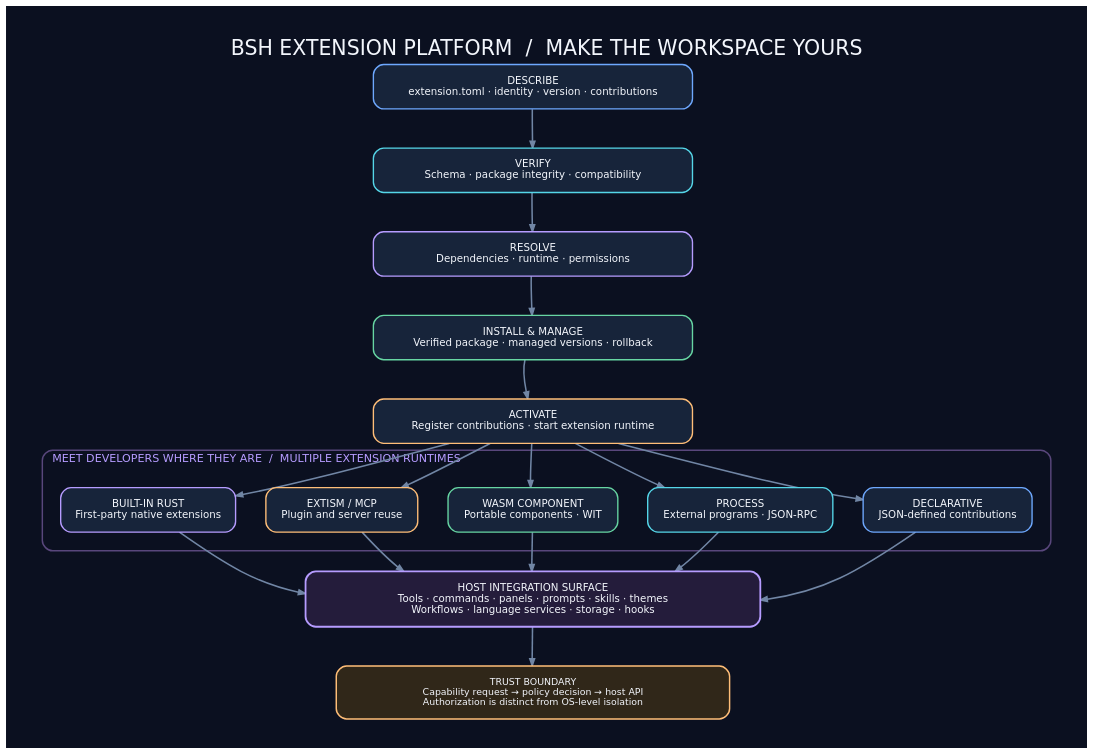
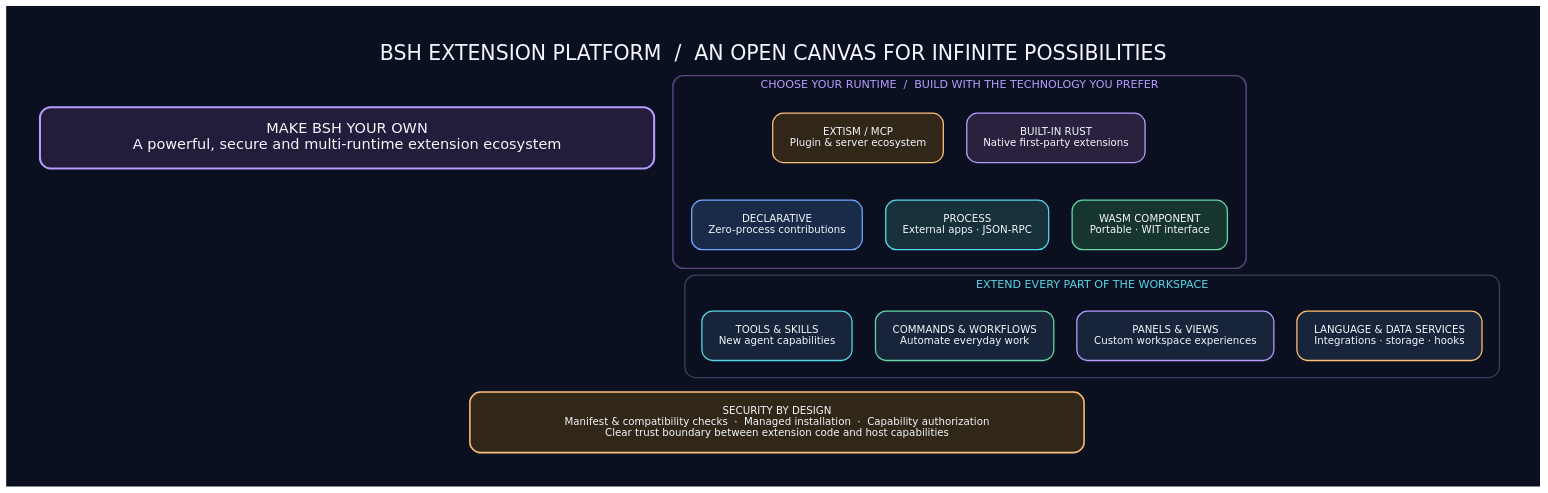
One commit to open1s/bos changed the diagram in docs/diagrams/extension-lifecycle.dot. Above: the diagram before and after it, drawn with Graphviz. The commit also changed 2 other files, not shown here.

Commit message:
docs: redesign diagrams as presentation-style infographics (#83)
* docs: redesign diagrams as presentation-style capability infographics

* docs: redesign diagrams as presentation-style capability infographics

* docs: redesign diagrams as presentation-style capability infographics

```diff
--- a/docs/diagrams/extension-lifecycle.dot
+++ b/docs/diagrams/extension-lifecycle.dot
@@ -1,50 +1,23 @@
-digraph ExtensionLifecycle {
-  graph [
-    bgcolor="#0B1020", pad="0.48", rankdir=TB,
-    nodesep="0.48", ranksep="0.64", splines=curved,
-    newrank=true, outputorder=edgesfirst,
-    fontname="DejaVu Sans", label="BSH EXTENSION PLATFORM  /  MAKE THE WORKSPACE YOURS",
-    labelloc=t, fontsize=24, fontcolor="#F3F6FC"
-  ];
-  node [shape=box, style="rounded,filled", fontname="DejaVu Sans",
-    fontsize=12, margin="0.25,0.18", color="#405575",
-    fillcolor="#17243A", fontcolor="#F3F6FC", penwidth=1.6];
-  edge [color="#7186A5", penwidth=1.8, arrowsize=0.8];
-
-  manifest [label="DESCRIBE\nextension.toml · identity · version · contributions", color="#6EA8FE", width=5.2];
-  verify [label="VERIFY\nSchema · package integrity · compatibility", color="#55D6E8", width=5.2];
-  resolve [label="RESOLVE\nDependencies · runtime · permissions", color="#B69CFF", width=5.2];
-  install [label="INSTALL & MANAGE\nVerified package · managed versions · rollback", color="#67D6A3", width=5.2];
-  activate [label="ACTIVATE\nRegister contributions · start extension runtime", color="#FFBE78", width=5.2];
-  manifest -> verify -> resolve -> install -> activate;
-
-  subgraph cluster_runtimes {
-    label="MEET DEVELOPERS WHERE THEY ARE  /  MULTIPLE EXTENSION RUNTIMES";
-    labelloc=t; labeljust=l; fontsize=13; fontcolor="#B69CFF";
-    color="#59477C"; style="rounded"; penwidth=1.7; margin=22;
-    declarative [label="DECLARATIVE\nJSON-defined contributions", color="#6EA8FE"];
-    process [label="PROCESS\nExternal programs · JSON-RPC", color="#55D6E8"];
-    wasm [label="WASM COMPONENT\nPortable components · WIT", color="#67D6A3"];
-    extism [label="EXTISM / MCP\nPlugin and server reuse", color="#FFBE78"];
-    builtin [label="BUILT-IN RUST\nFirst-party native extensions", color="#B69CFF"];
-    {rank=same; declarative; process; wasm;}
-    {rank=same; extism; builtin;}
-  }
-  activate -> declarative;
-  activate -> process;
-  activate -> wasm;
-  activate -> extism;
-  activate -> builtin;
-
-  host [label="HOST INTEGRATION SURFACE\nTools · commands · panels · prompts · skills · themes\nWorkflows · language services · storage · hooks",
-    fillcolor="#241C3B", color="#B69CFF", penwidth=2.1, fontsize=12, width=7.4];
-  declarative -> host;
-  process -> host;
-  wasm -> host;
-  extism -> host;
-  builtin -> host;
-
-  security [label="TRUST BOUNDARY\nCapability request → policy decision → host API\nAuthorization is distinct from OS-level isolation",
-    fillcolor="#302719", color="#FFBE78", penwidth=1.7, fontsize=11, width=6.4];
-  host -> security;
+digraph ExtensionPlatform {
+ graph [bgcolor="#0B1020",pad="0.55",rankdir=TB,nodesep="0.38",ranksep="0.52",splines=none,newrank=true,outputorder=edgesfirst,fontname="DejaVu Sans",label="BSH EXTENSION PLATFORM  /  AN OPEN CANVAS FOR INFINITE POSSIBILITIES",labelloc=t,fontsize=24,fontcolor="#F3F6FC"];
+ node [shape=box,style="rounded,filled",fontname="DejaVu Sans",fontsize=12,margin="0.28,0.22",color="#405575",fillcolor="#17243A",fontcolor="#F3F6FC",penwidth=1.5];
+ edge [style=invis,weight=30];
+ hero [label="MAKE BSH YOUR OWN\nA powerful, secure and multi-runtime extension ecosystem",fontsize=17,width=10.0,height=1.0,fillcolor="#241C3B",color="#B69CFF",penwidth=2.4];
+ subgraph cluster_runtimes {label="CHOOSE YOUR RUNTIME  /  BUILD WITH THE TECHNOLOGY YOU PREFER";labelloc=t;fontsize=13;fontcolor="#B69CFF";color="#59477C";style="rounded";penwidth=1.7;margin=22;
+ declarative [label="DECLARATIVE\nZero-process contributions",color="#6EA8FE",fillcolor="#192B48"];
+ process [label="PROCESS\nExternal apps · JSON-RPC",color="#55D6E8",fillcolor="#17313A"];
+ wasm [label="WASM COMPONENT\nPortable · WIT interface",color="#67D6A3",fillcolor="#17352F"];
+ extism [label="EXTISM / MCP\nPlugin & server ecosystem",color="#FFBE78",fillcolor="#302719"];
+ builtin [label="BUILT-IN RUST\nNative first-party extensions",color="#B69CFF",fillcolor="#29213E"];
+ {rank=same;declarative;process;wasm;} {rank=same;extism;builtin;} declarative -> process -> wasm; extism -> builtin;
+ }
+ subgraph cluster_contributions {label="EXTEND EVERY PART OF THE WORKSPACE";labelloc=t;fontsize=13;fontcolor="#55D6E8";color="#34445F";style="rounded";penwidth=1.5;margin=20;
+ tools [label="TOOLS & SKILLS\nNew agent capabilities",color="#55D6E8"];
+ commands [label="COMMANDS & WORKFLOWS\nAutomate everyday work",color="#67D6A3"];
+ panels [label="PANELS & VIEWS\nCustom workspace experiences",color="#B69CFF"];
+ services [label="LANGUAGE & DATA SERVICES\nIntegrations · storage · hooks",color="#FFBE78"];
+ {rank=same;tools;commands;panels;services;} tools -> commands -> panels -> services;
+ }
+ trust [label="SECURITY BY DESIGN\nManifest & compatibility checks  ·  Managed installation  ·  Capability authorization\nClear trust boundary between extension code and host capabilities",fillcolor="#302719",color="#FFBE78",penwidth=1.8,fontsize=12,width=10.0];
+ hero -> declarative; declarative -> tools; tools -> trust;
 }
```
